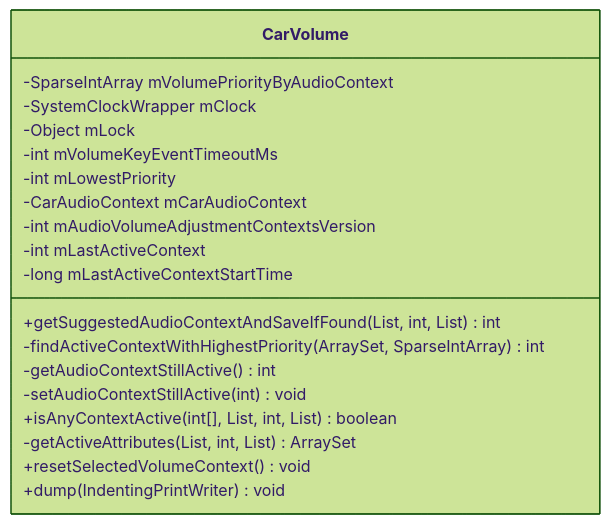
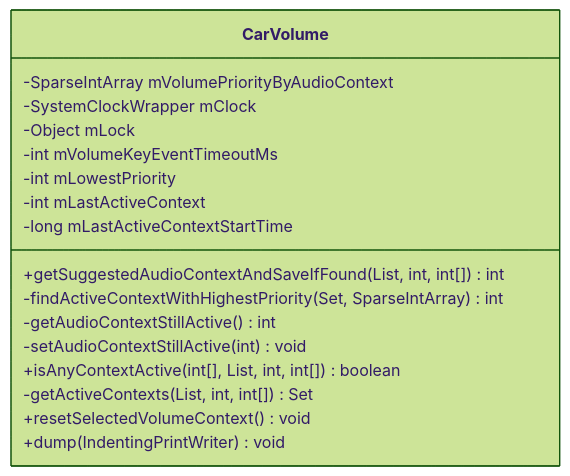
One commit to yanglinzhen1022/SA8295_AAOS_QNX_Audio_KnowledgeBase changed the first of 4 diagrams in 09_AAOS_Car_Audio/09_9.12_CarVolume-音量优先级算法.md. Above: the diagram before and after it, drawn with Mermaid (forest theme). The commit also changed other lines of this file and 16 other files, not shown here.

````diff
--- a/09_AAOS_Car_Audio/09_9.12_CarVolume-音量优先级算法.md
+++ b/09_AAOS_Car_Audio/09_9.12_CarVolume-音量优先级算法.md
@@ -21,22 +21,20 @@
 ```mermaid
 classDiagram
     class CarVolume {
         -SparseIntArray mVolumePriorityByAudioContext
         -SystemClockWrapper mClock
         -Object mLock
         -int mVolumeKeyEventTimeoutMs
         -int mLowestPriority
-        -CarAudioContext mCarAudioContext
-        -int mAudioVolumeAdjustmentContextsVersion
         -int mLastActiveContext
         -long mLastActiveContextStartTime
-        +getSuggestedAudioContextAndSaveIfFound(List, int, List) int
-        -findActiveContextWithHighestPriority(ArraySet, SparseIntArray) int
+        +getSuggestedAudioContextAndSaveIfFound(List<Integer>, int, int[]) int
+        -findActiveContextWithHighestPriority(Set<Integer>, SparseIntArray) int
         -getAudioContextStillActive() int
         -setAudioContextStillActive(int) void
-        +isAnyContextActive(int[], List, int, List) boolean
-        -getActiveAttributes(List, int, List) ArraySet
+        +isAnyContextActive(int[], List<Integer>, int, int[]) boolean
+        -getActiveContexts(List<Integer>, int, int[]) Set<Integer>
         +resetSelectedVolumeContext() void
         +dump(IndentingPrintWriter) void
     }
 ```
````
